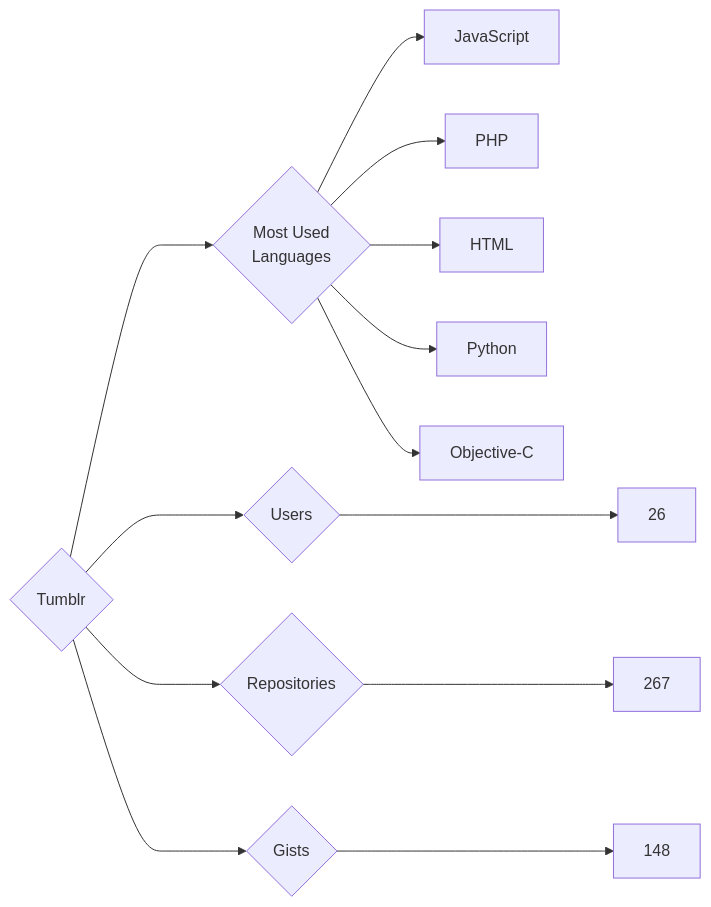
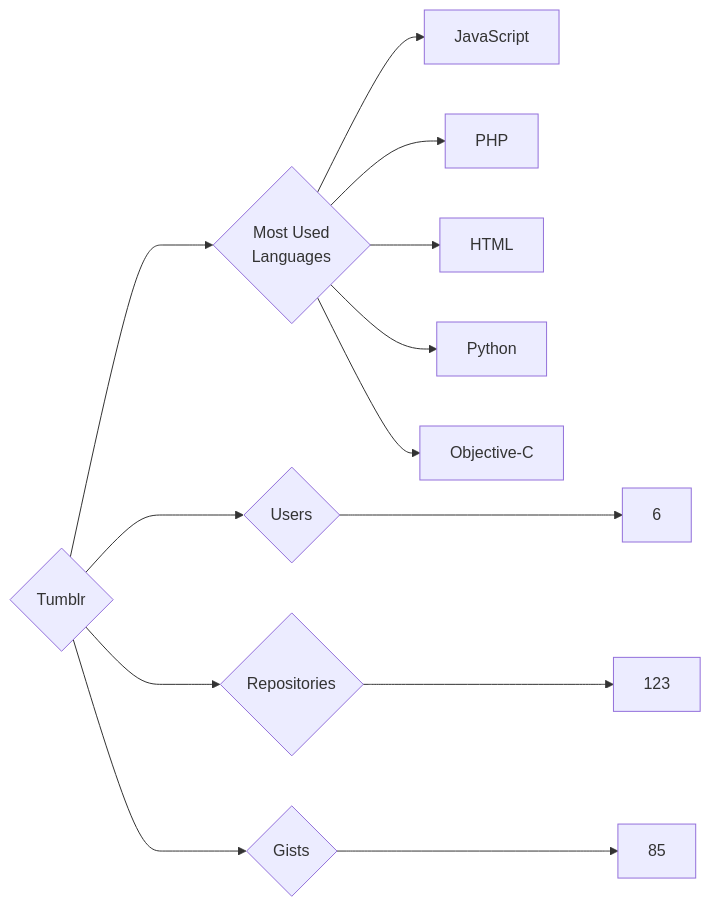
The diagram in targets/Tumblr/README.md (trickest/insiders), drawn with Mermaid before and after one commit. The commit also changed 829 other files, not shown here.

````diff
--- a/targets/Tumblr/README.md
+++ b/targets/Tumblr/README.md
@@ -3,13 +3,13 @@
 ```mermaid
 graph LR
 COMPANY_NAME{Tumblr}
-COMPANY_NAME ---> U{Users} ---> UN[26]
-COMPANY_NAME ---> R{Repositories} ---> RN[267]
-COMPANY_NAME ---> G{Gists} ---> GN[148]
+COMPANY_NAME ---> U{Users} ---> UN[6]
+COMPANY_NAME ---> R{Repositories} ---> RN[123]
+COMPANY_NAME ---> G{Gists} ---> GN[85]
 COMPANY_NAME ---> ML{Most Used<br>Languages}
 ML --> JavaScript[JavaScript]
 ML --> PHP[PHP]
 ML --> HTML[HTML]
 ML --> Python[Python]
 ML --> Objective-C[Objective-C]
 ```
````
